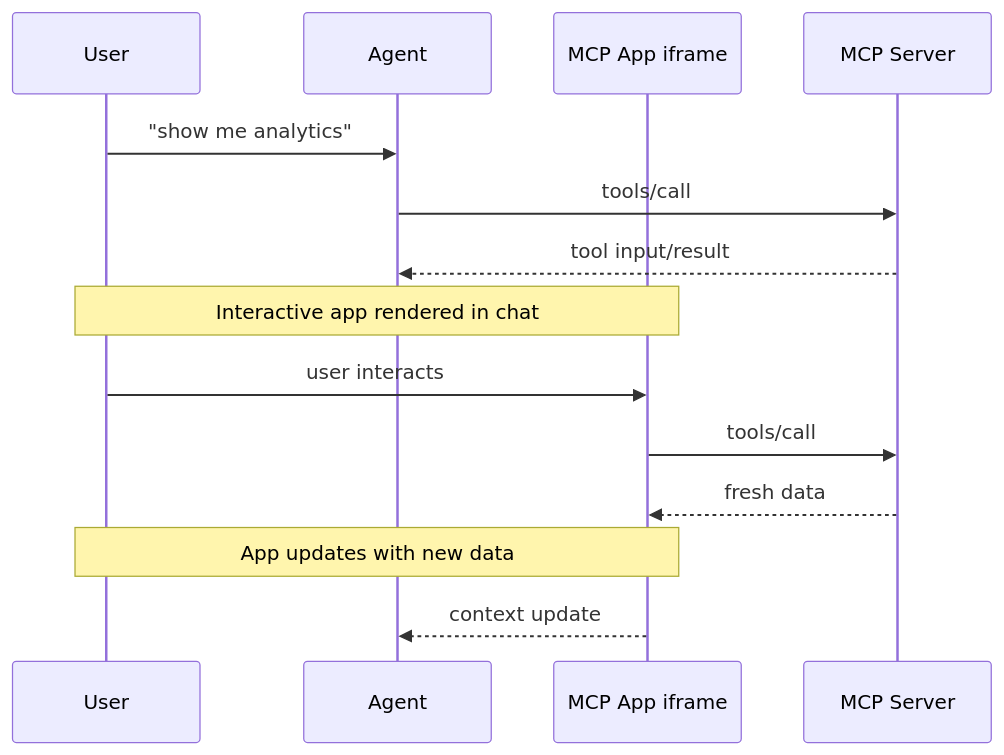
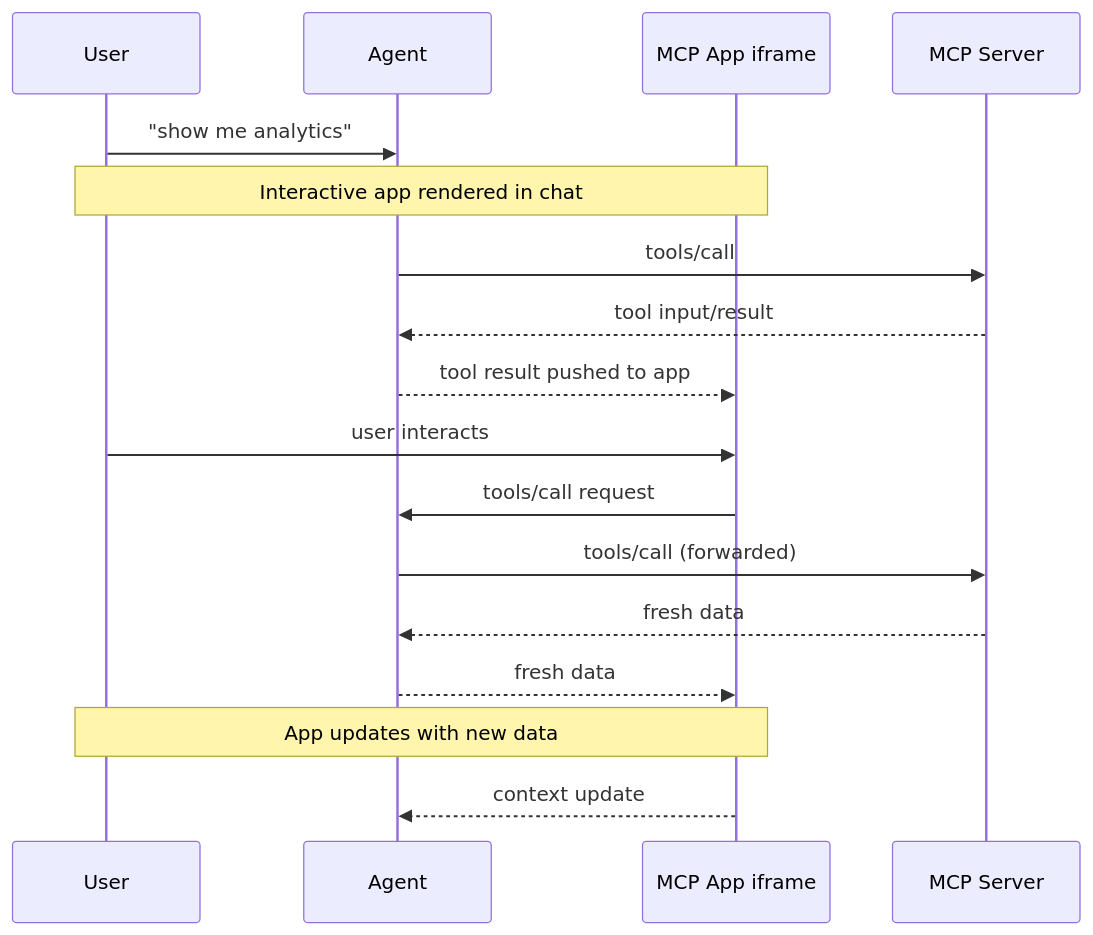
Before and after one commit to olaservo/modelcontextprotocol: the diagram in docs/docs/extensions/apps.mdx, drawn with Mermaid. The commit also changed other lines of this file, not shown here.

````diff
--- a/docs/docs/extensions/apps.mdx
+++ b/docs/docs/extensions/apps.mdx
@@ -42,17 +42,20 @@
 ```mermaid
 sequenceDiagram
     participant User
     participant Agent
     participant App as MCP App iframe
     participant Server as MCP Server
 
     User->>Agent: "show me analytics"
+    Note over User,App: Interactive app rendered in chat
     Agent->>Server: tools/call
     Server-->>Agent: tool input/result
-    Note over User,App: Interactive app rendered in chat
+    Agent-->>App: tool result pushed to app
     User->>App: user interacts
-    App->>Server: tools/call
-    Server-->>App: fresh data
+    App->>Agent: tools/call request
+    Agent->>Server: tools/call (forwarded)
+    Server-->>Agent: fresh data
+    Agent-->>App: fresh data
     Note over User,App: App updates with new data
     App-->>Agent: context update
 ```
````
